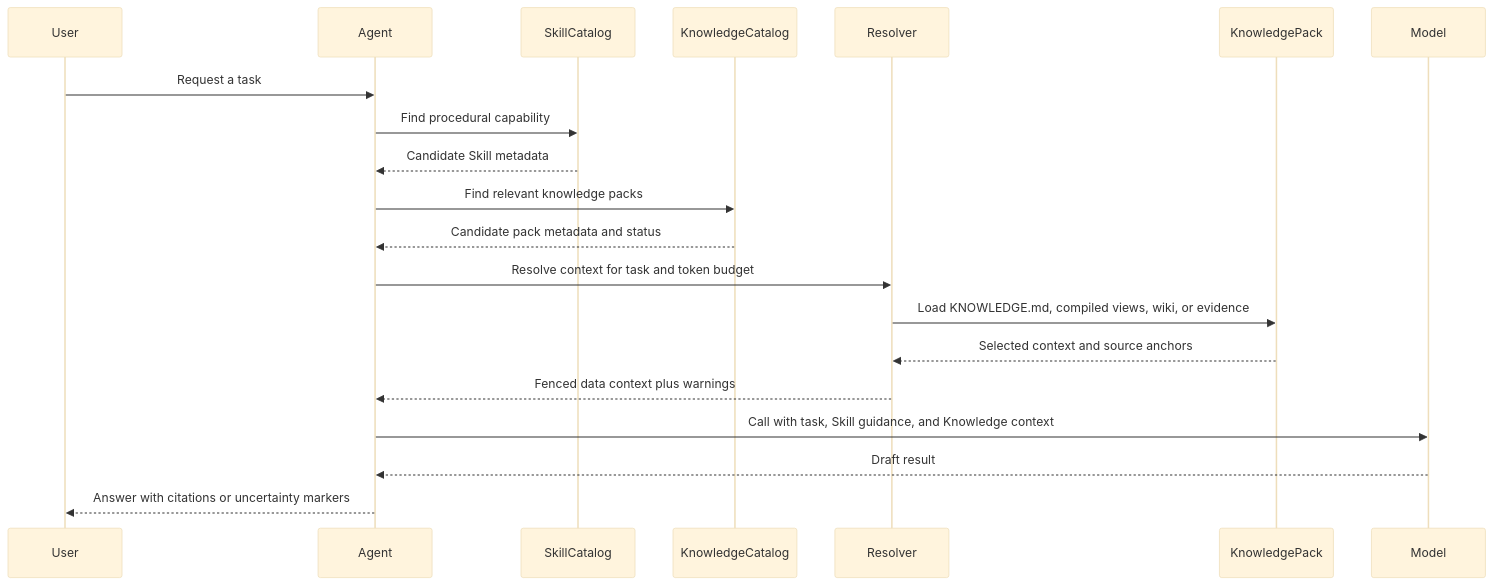
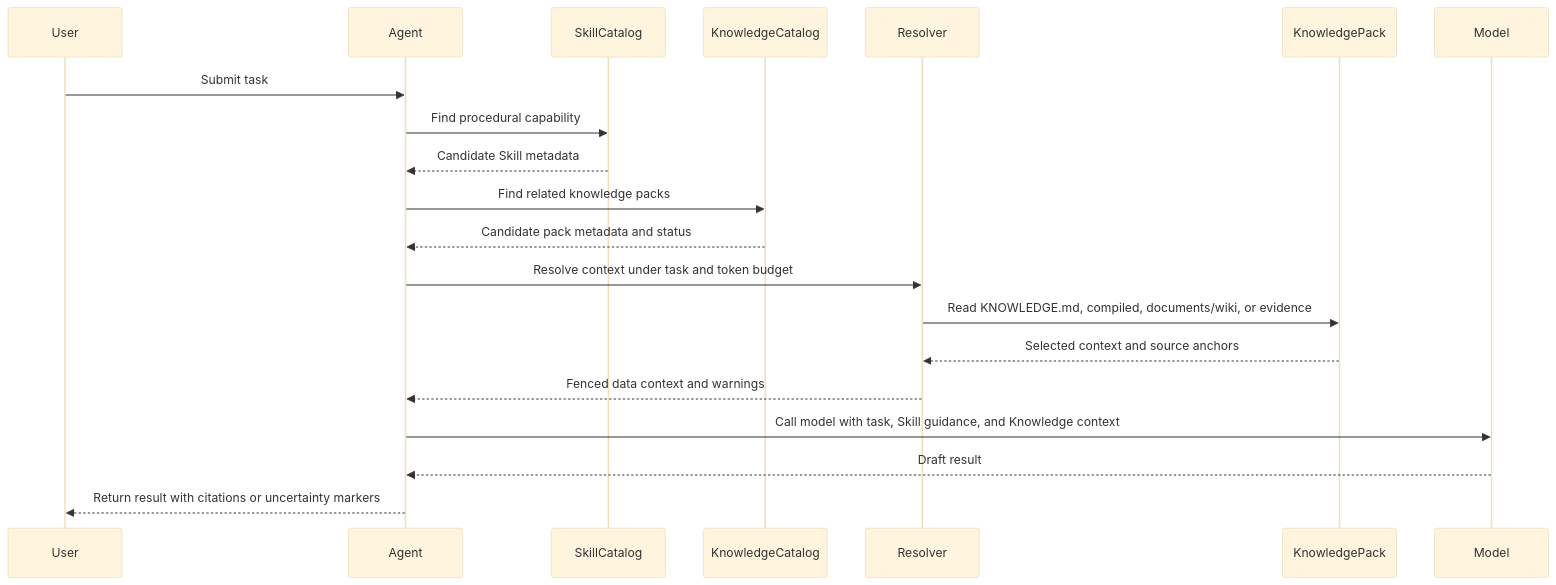
One commit to limecloud/agentknowledge changed the fourth of 4 diagrams in docs/en/agent-knowledge-vs-skills.md. Above: the diagram before and after it, drawn with Mermaid (base theme). The commit also changed other lines of this file and 60 other files, not shown here.

Commit message:
Release v0.6.0 agent knowledge standard

````diff
--- a/docs/en/agent-knowledge-vs-skills.md
+++ b/docs/en/agent-knowledge-vs-skills.md
@@ -126,23 +131,23 @@
 ```mermaid
 sequenceDiagram
   participant User
   participant Agent
   participant SkillCatalog
   participant KnowledgeCatalog
   participant Resolver
   participant Pack as KnowledgePack
   participant Model
 
-  User->>Agent: Request a task
+  User->>Agent: Submit task
   Agent->>SkillCatalog: Find procedural capability
   SkillCatalog-->>Agent: Candidate Skill metadata
-  Agent->>KnowledgeCatalog: Find relevant knowledge packs
+  Agent->>KnowledgeCatalog: Find related knowledge packs
   KnowledgeCatalog-->>Agent: Candidate pack metadata and status
-  Agent->>Resolver: Resolve context for task and token budget
-  Resolver->>Pack: Load KNOWLEDGE.md, compiled views, wiki, or evidence
+  Agent->>Resolver: Resolve context under task and token budget
+  Resolver->>Pack: Read KNOWLEDGE.md, compiled, documents/wiki, or evidence
   Pack-->>Resolver: Selected context and source anchors
-  Resolver-->>Agent: Fenced data context plus warnings
-  Agent->>Model: Call with task, Skill guidance, and Knowledge context
+  Resolver-->>Agent: Fenced data context and warnings
+  Agent->>Model: Call model with task, Skill guidance, and Knowledge context
   Model-->>Agent: Draft result
-  Agent-->>User: Answer with citations or uncertainty markers
+  Agent-->>User: Return result with citations or uncertainty markers
 ```
````
